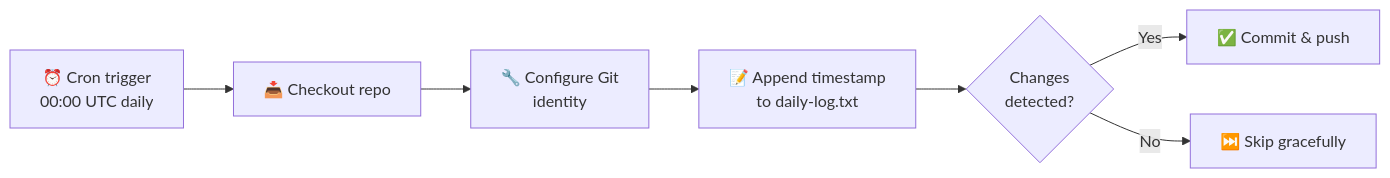
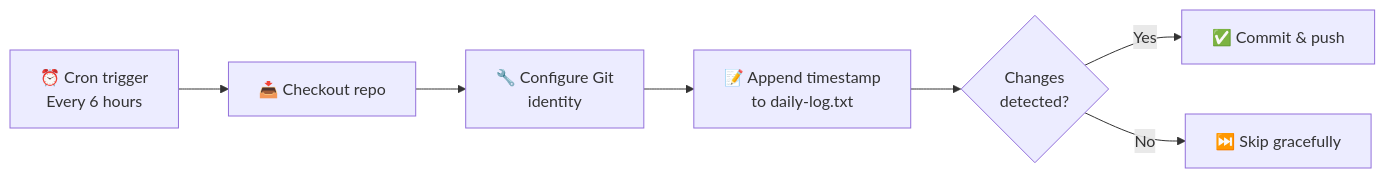
The diagram in README.md (Pavithran200412/Git-Auto), drawn with Mermaid before and after one commit. The commit also changed other lines of this file and 1 other file, not shown here.

````diff
--- a/README.md
+++ b/README.md
@@ -161,9 +162,9 @@
 ```mermaid
 graph LR
-    A["⏰ Cron trigger<br/>00:00 UTC daily"] --> B["📥 Checkout repo"]
+    A["⏰ Cron trigger<br/>Every 6 hours"] --> B["📥 Checkout repo"]
     B --> C["🔧 Configure Git<br/>identity"]
     C --> D["📝 Append timestamp<br/>to daily-log.txt"]
     D --> E{"Changes<br/>detected?"}
     E -- Yes --> F["✅ Commit & push"]
     E -- No --> G["⏭️ Skip gracefully"]
 ```
````
